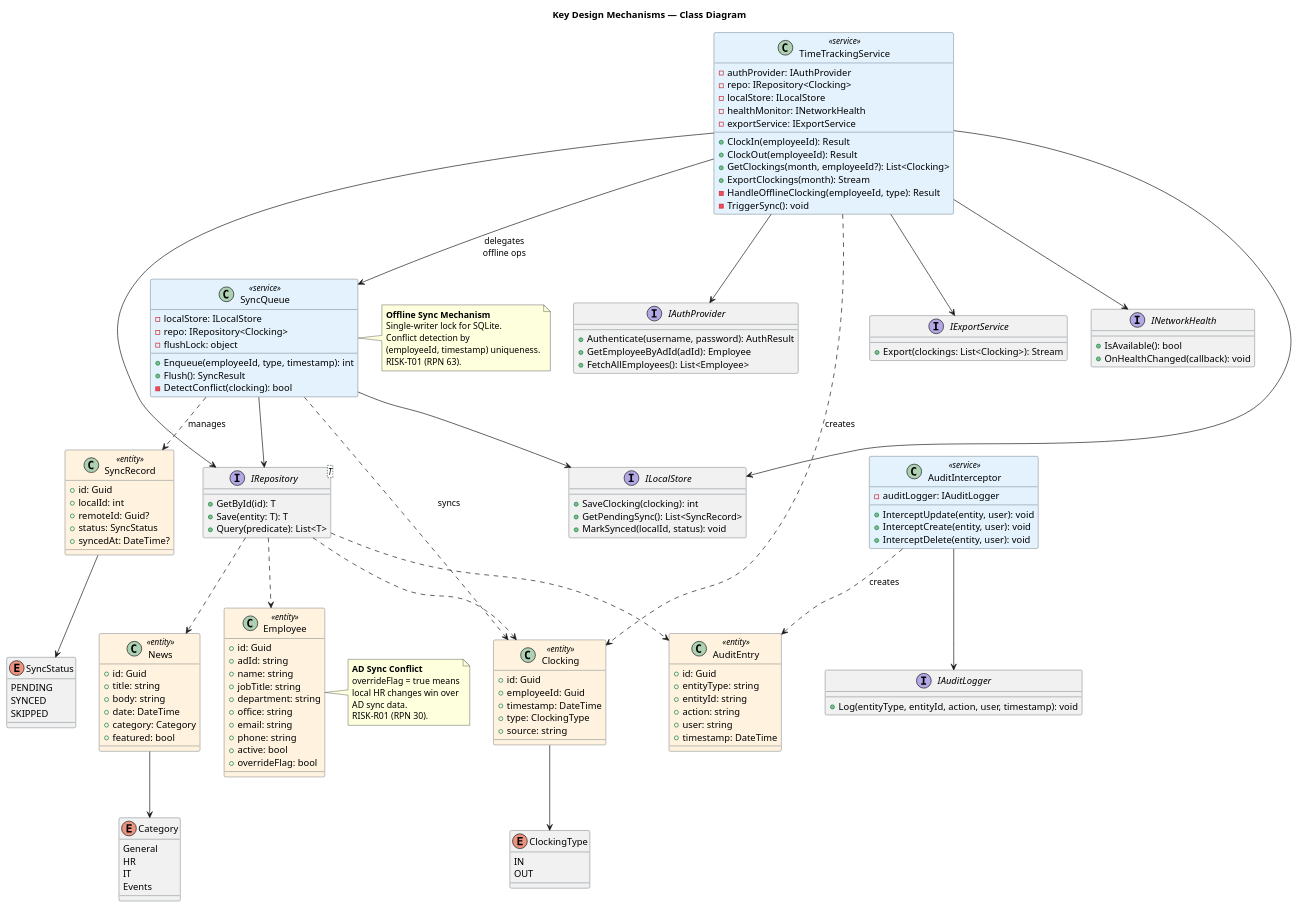
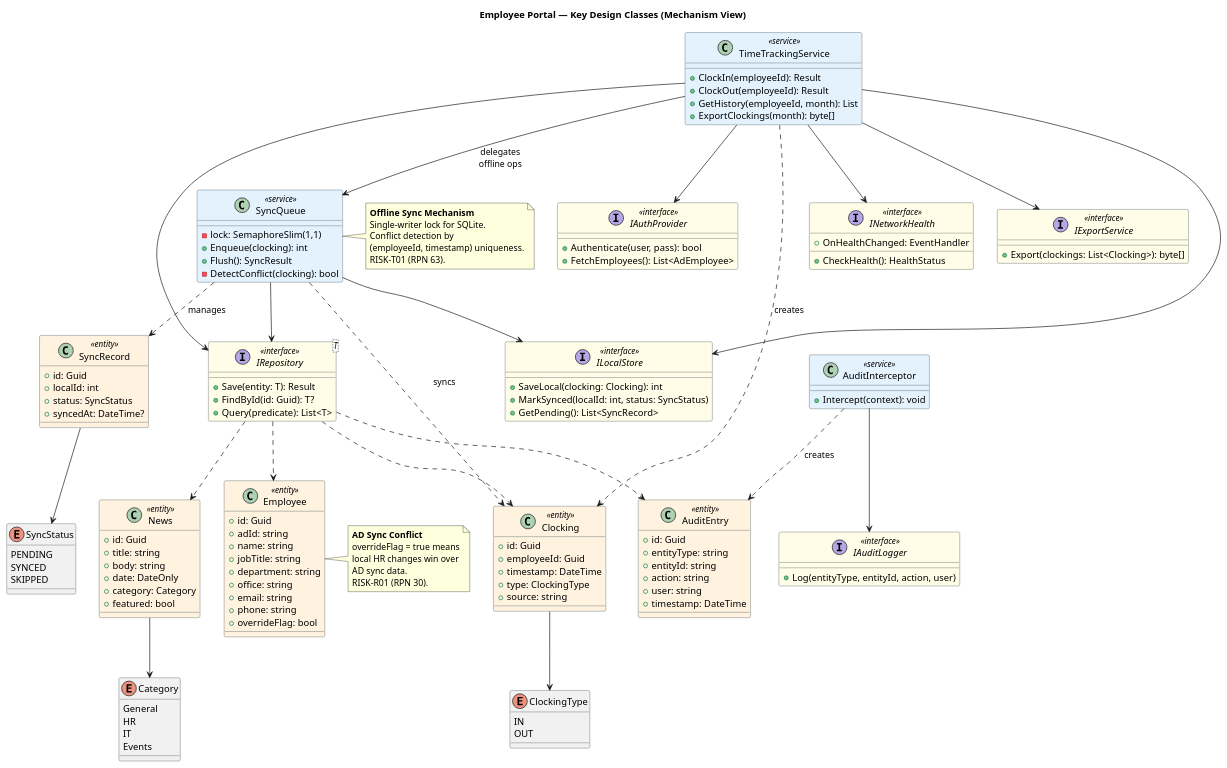
The fifth of 8 diagrams in docs/artifacts/analysis---design/software-architecture-document.md (banense-test/demo-janke-lab), drawn with PlantUML before and after one commit. The commit also changed other lines of this file, not shown here.

First line of the commit message:
Software Architect [E3]: upsert Software Architecture Document

````diff
--- a/docs/artifacts/analysis---design/software-architecture-document.md
+++ b/docs/artifacts/analysis---design/software-architecture-document.md
@@ -489,74 +469,60 @@
 ```plantuml
 @startuml
-title Key Design Mechanisms — Class Diagram
+title Employee Portal — Key Design Classes (Mechanism View)
 
 skinparam class {
   BackgroundColor<<entity>> #fff3e0
   BackgroundColor<<service>> #e3f2fd
   BackgroundColor<<interface>> #fffde7
-  BackgroundColor<<infra>> #fce4ec
   BorderColor #37474f
 }
 
-interface "IAuthProvider" as INT_AUTH {
-  + Authenticate(username, password): AuthResult
-  + GetEmployeeByAdId(adId): Employee
-  + FetchAllEmployees(): List<Employee>
+interface "IAuthProvider" as INT_AUTH <<interface>> {
+  + Authenticate(user, pass): bool
+  + FetchEmployees(): List<AdEmployee>
 }
 
-interface "IRepository<T>" as INT_REPO {
-  + GetById(id): T
-  + Save(entity: T): T
+interface "IRepository<T>" as INT_REPO <<interface>> {
+  + Save(entity: T): Result
+  + FindById(id: Guid): T?
   + Query(predicate): List<T>
 }
 
-interface "ILocalStore" as INT_LOCAL {
-  + SaveClocking(clocking): int
-  + GetPendingSync(): List<SyncRecord>
-  + MarkSynced(localId, status): void
+interface "ILocalStore" as INT_LOCAL <<interface>> {
+  + SaveLocal(clocking: Clocking): int
+  + MarkSynced(localId: int, status: SyncStatus)
+  + GetPending(): List<SyncRecord>
 }
 
-interface "IExportService" as INT_EXPORT {
-  + Export(clockings: List<Clocking>): Stream
+interface "INetworkHealth" as INT_HEALTH <<interface>> {
+  + CheckHealth(): HealthStatus
+  + OnHealthChanged: EventHandler
 }
 
-interface "INetworkHealth" as INT_HEALTH {
-  + IsAvailable(): bool
-  + OnHealthChanged(callback): void
+interface "IAuditLogger" as INT_AUDIT <<interface>> {
+  + Log(entityType, entityId, action, user)
 }
 
-interface "IAuditLogger" as INT_AUDIT {
-  + Log(entityType, entityId, action, user, timestamp): void
+interface "IExportService" as INT_EXPORT <<interface>> {
+  + Export(clockings: List<Clocking>): byte[]
 }
 
 class "TimeTrackingService" as SVC_TS <<service>> {
-  - authProvider: IAuthProvider
-  - repo: IRepository<Clocking>
-  - localStore: ILocalStore
-  - healthMonitor: INetworkHealth
-  - exportService: IExportService
   + ClockIn(employeeId): Result
   + ClockOut(employeeId): Result
-  + GetClockings(month, employeeId?): List<Clocking>
-  + ExportClockings(month): Stream
-  - HandleOfflineClocking(employeeId, type): Result
-  - TriggerSync(): void
+  + GetHistory(employeeId, month): List
+  + ExportClockings(month): byte[]
 }
 
 class "SyncQueue" as SQ <<service>> {
-  - localStore: ILocalStore
-  - repo: IRepository<Clocking>
-  - flushLock: object
-  + Enqueue(employeeId, type, timestamp): int
+  - lock: SemaphoreSlim(1,1)
+  + Enqueue(clocking): int
   + Flush(): SyncResult
   - DetectConflict(clocking): bool
 }
 
 class "AuditInterceptor" as AUD <<service>> {
-  - auditLogger: IAuditLogger
-  + InterceptUpdate(entity, user): void
-  + InterceptCreate(entity, user): void
-  + InterceptDelete(entity, user): void
+  + Intercept(context): void
 }
 
 class "Clocking" as CLK <<entity>> {
@@ -570,7 +536,6 @@
 class "SyncRecord" as SYNC <<entity>> {
   + id: Guid
   + localId: int
-  + remoteId: Guid?
   + status: SyncStatus
   + syncedAt: DateTime?
 }
@@ -584,7 +549,6 @@
   + office: string
   + email: string
   + phone: string
-  + active: bool
   + overrideFlag: bool
 }
 
@@ -592,7 +556,7 @@
   + id: Guid
   + title: string
   + body: string
-  + date: DateTime
+  + date: DateOnly
   + category: Category
   + featured: bool
 }
````
